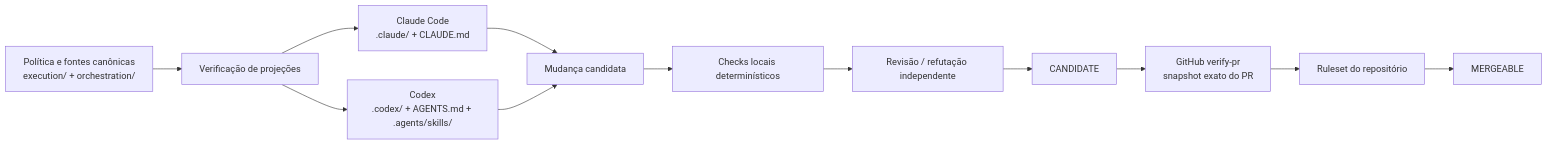
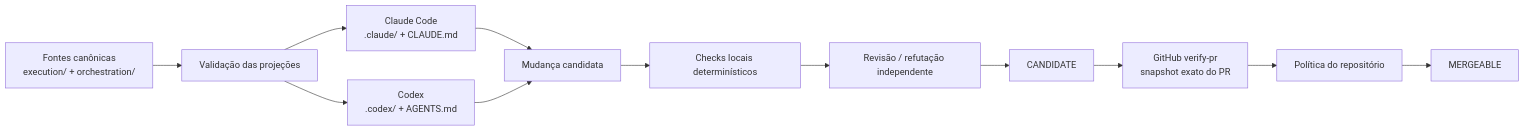
Before and after one commit to MrSchrodingers/claude-mecanismo: the diagram in README.pt-BR.md, drawn with Mermaid. The commit also changed other lines of this file, not shown here.

````diff
--- a/README.pt-BR.md
+++ b/README.pt-BR.md
@@ -178,16 +188,16 @@
 ```mermaid
 flowchart LR
-    A[Política e fontes canônicas<br/>execution/ + orchestration/] --> B[Verificação de projeções]
+    A[Fontes canônicas<br/>execution/ + orchestration/] --> B[Validação das projeções]
     B --> C[Claude Code<br/>.claude/ + CLAUDE.md]
-    B --> D[Codex<br/>.codex/ + AGENTS.md + .agents/skills/]
+    B --> D[Codex<br/>.codex/ + AGENTS.md]
 
     C --> E[Mudança candidata]
     D --> E
 
     E --> F[Checks locais determinísticos]
     F --> G[Revisão / refutação independente]
     G --> H[CANDIDATE]
     H --> I[GitHub verify-pr<br/>snapshot exato do PR]
-    I --> J[Ruleset do repositório]
+    I --> J[Política do repositório]
     J --> K[MERGEABLE]
 ```
````
